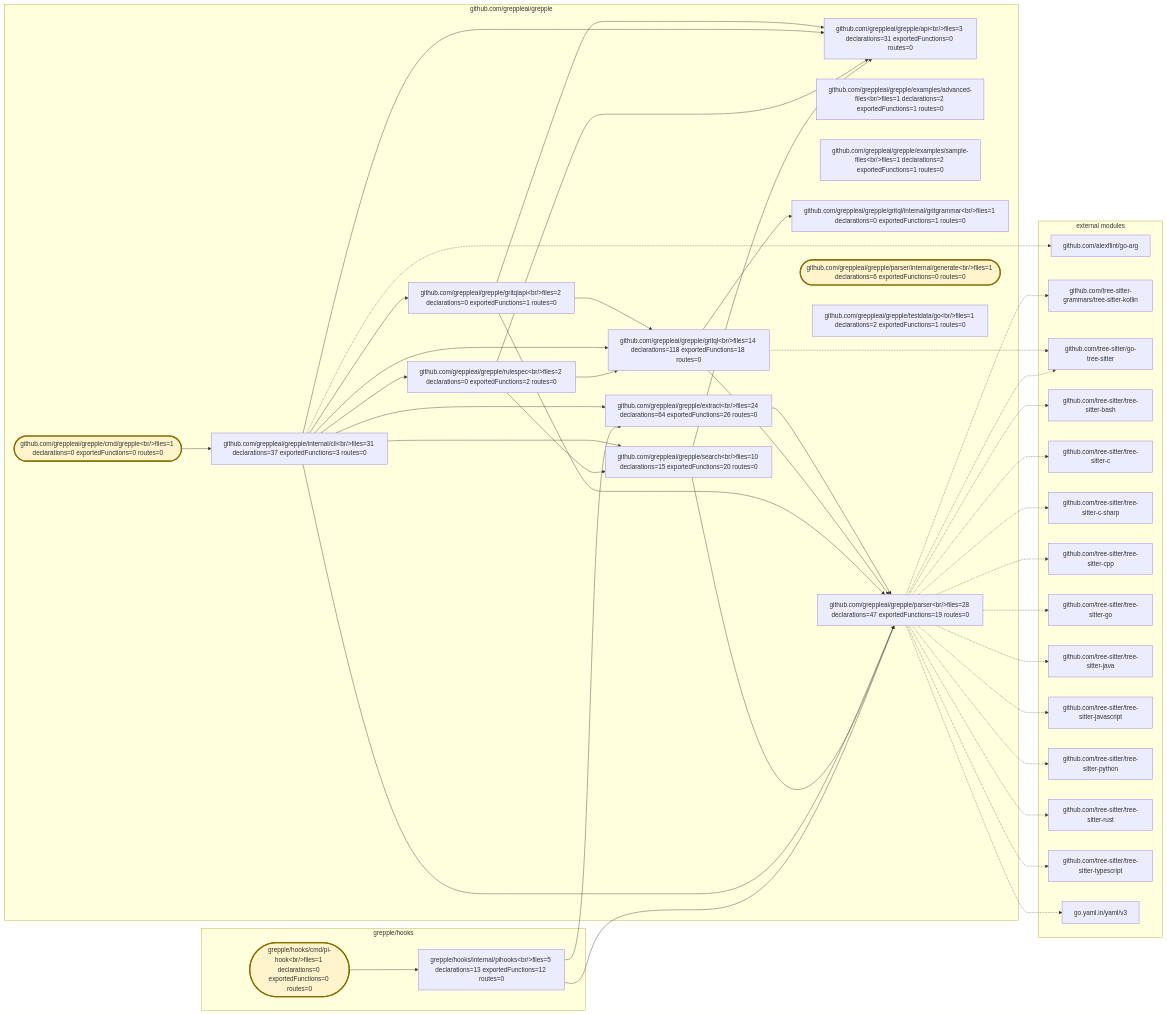
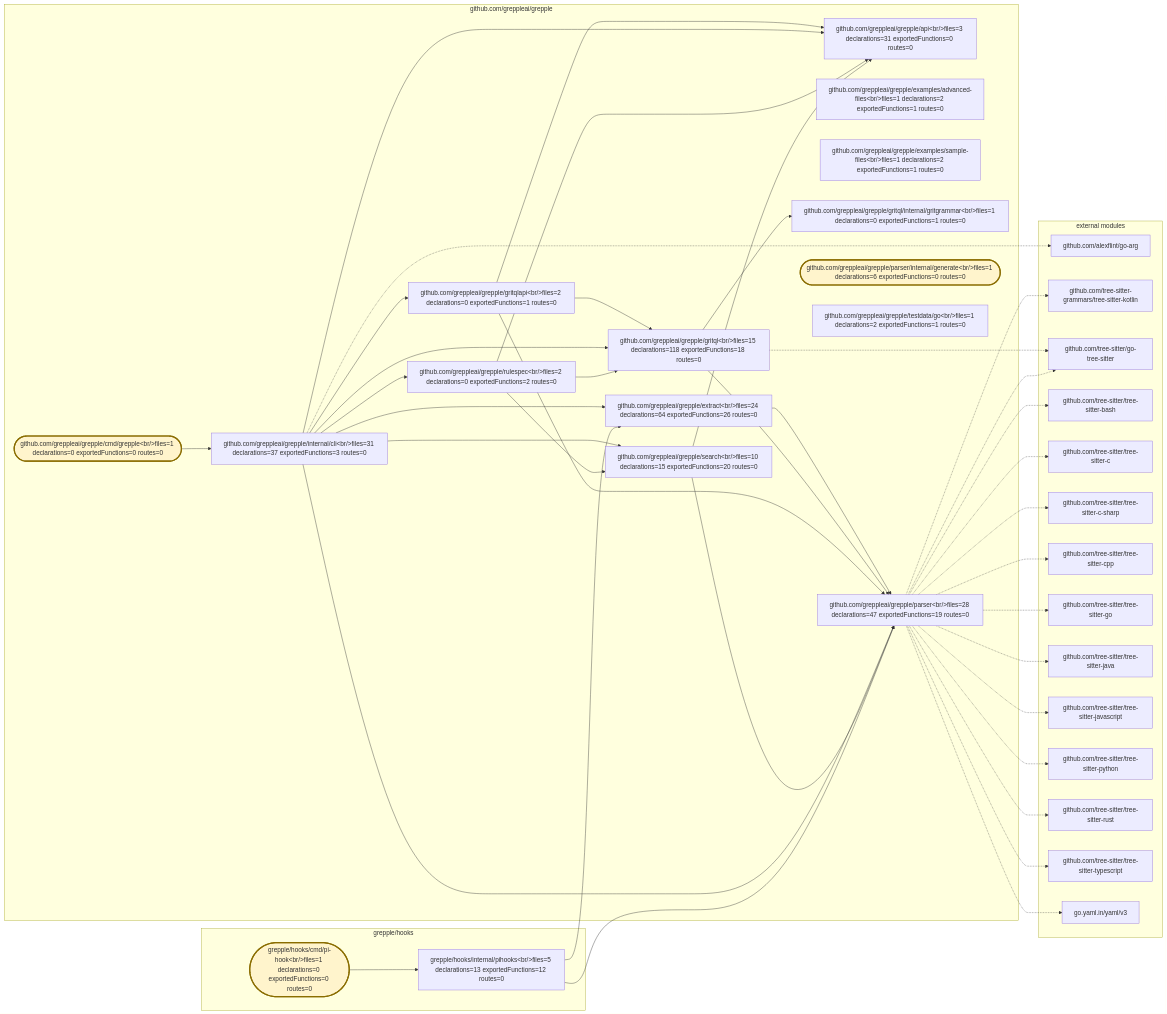
One commit to greppleai/grepple changed the diagram in .grepple/project.workspace/overview.mmd. Above: the diagram before and after it, drawn with Mermaid. The commit also changed 26 other files, not shown here.

```diff
--- a/.grepple/project.workspace/overview.mmd
+++ b/.grepple/project.workspace/overview.mmd
@@ -1,78 +1,78 @@
 flowchart LR
     classDef entrypoint fill:#fff4cc,stroke:#8a6d00,stroke-width:3px
     subgraph module_0["github.com/greppleai/grepple"]
         package_0["github.com/greppleai/grepple/api&lt;br/&gt;files=3 declarations=31 exportedFunctions=0 routes=0"]
         package_1(["github.com/greppleai/grepple/cmd/grepple&lt;br/&gt;files=1 declarations=0 exportedFunctions=0 routes=0"])
         class package_1 entrypoint
         package_2["github.com/greppleai/grepple/examples/advanced-files&lt;br/&gt;files=1 declarations=2 exportedFunctions=1 routes=0"]
         package_3["github.com/greppleai/grepple/examples/sample-files&lt;br/&gt;files=1 declarations=2 exportedFunctions=1 routes=0"]
         package_4["github.com/greppleai/grepple/extract&lt;br/&gt;files=24 declarations=64 exportedFunctions=26 routes=0"]
-        package_5["github.com/greppleai/grepple/gritql&lt;br/&gt;files=14 declarations=118 exportedFunctions=18 routes=0"]
+        package_5["github.com/greppleai/grepple/gritql&lt;br/&gt;files=15 declarations=118 exportedFunctions=18 routes=0"]
         package_6["github.com/greppleai/grepple/gritql/internal/gritgrammar&lt;br/&gt;files=1 declarations=0 exportedFunctions=1 routes=0"]
         package_7["github.com/greppleai/grepple/gritqlapi&lt;br/&gt;files=2 declarations=0 exportedFunctions=1 routes=0"]
         package_8["github.com/greppleai/grepple/internal/cli&lt;br/&gt;files=31 declarations=37 exportedFunctions=3 routes=0"]
         package_9["github.com/greppleai/grepple/parser&lt;br/&gt;files=28 declarations=47 exportedFunctions=19 routes=0"]
         package_10(["github.com/greppleai/grepple/parser/internal/generate&lt;br/&gt;files=1 declarations=6 exportedFunctions=0 routes=0"])
         class package_10 entrypoint
         package_11["github.com/greppleai/grepple/rulespec&lt;br/&gt;files=2 declarations=0 exportedFunctions=2 routes=0"]
         package_12["github.com/greppleai/grepple/search&lt;br/&gt;files=10 declarations=15 exportedFunctions=20 routes=0"]
         package_13["github.com/greppleai/grepple/testdata/go&lt;br/&gt;files=1 declarations=2 exportedFunctions=1 routes=0"]
     end
     subgraph module_1["grepple/hooks"]
         package_14(["grepple/hooks/cmd/pi-hook&lt;br/&gt;files=1 declarations=0 exportedFunctions=0 routes=0"])
         class package_14 entrypoint
         package_15["grepple/hooks/internal/pihooks&lt;br/&gt;files=5 declarations=13 exportedFunctions=12 routes=0"]
     end
     package_1 --> package_8
     package_4 --> package_9
     package_5 --> package_6
     package_5 --> package_9
     package_7 --> package_0
     package_7 --> package_5
     package_7 --> package_9
     package_8 --> package_0
     package_8 --> package_4
     package_8 --> package_5
     package_8 --> package_7
     package_8 --> package_9
     package_8 --> package_11
     package_8 --> package_12
     package_11 --> package_0
     package_11 --> package_5
     package_11 --> package_12
     package_12 --> package_0
     package_12 --> package_9
     package_14 --> package_15
     package_15 --> package_4
     package_15 --> package_9
     subgraph external_dependencies["external modules"]
         external_0["github.com/alexflint/go-arg"]
         external_1["github.com/tree-sitter-grammars/tree-sitter-kotlin"]
         external_2["github.com/tree-sitter/go-tree-sitter"]
         external_3["github.com/tree-sitter/tree-sitter-bash"]
         external_4["github.com/tree-sitter/tree-sitter-c"]
         external_5["github.com/tree-sitter/tree-sitter-c-sharp"]
         external_6["github.com/tree-sitter/tree-sitter-cpp"]
         external_7["github.com/tree-sitter/tree-sitter-go"]
         external_8["github.com/tree-sitter/tree-sitter-java"]
         external_9["github.com/tree-sitter/tree-sitter-javascript"]
         external_10["github.com/tree-sitter/tree-sitter-python"]
         external_11["github.com/tree-sitter/tree-sitter-rust"]
         external_12["github.com/tree-sitter/tree-sitter-typescript"]
         external_13["go.yaml.in/yaml/v3"]
     end
     package_8 -.-> external_0
     package_9 -.-> external_1
     package_5 -.-> external_2
     package_9 -.-> external_2
     package_9 -.-> external_3
     package_9 -.-> external_4
     package_9 -.-> external_5
     package_9 -.-> external_6
     package_9 -.-> external_7
     package_9 -.-> external_8
     package_9 -.-> external_9
     package_9 -.-> external_10
     package_9 -.-> external_11
     package_9 -.-> external_12
     package_9 -.-> external_13
```
